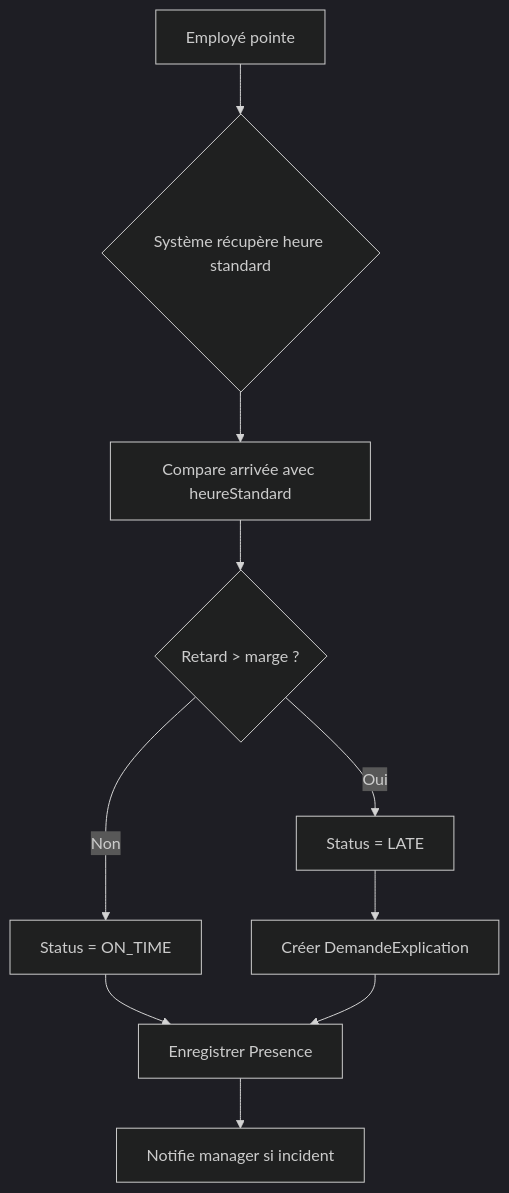
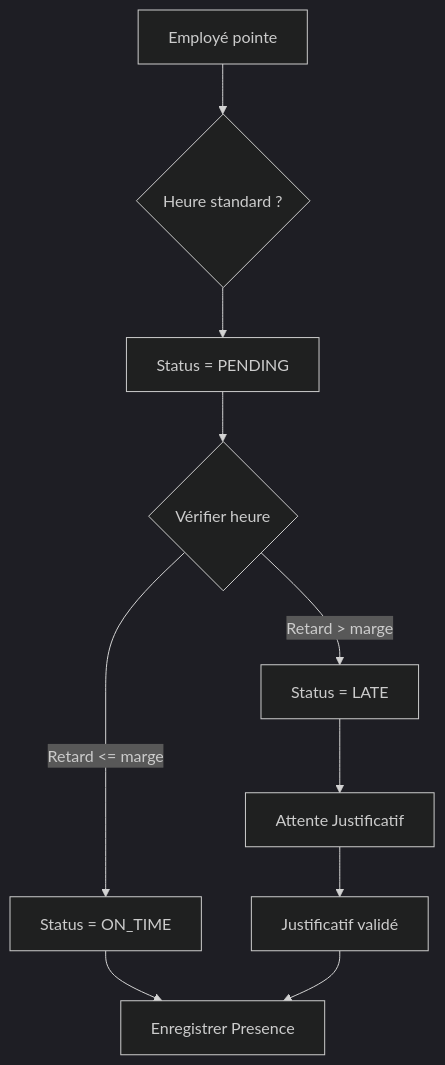
Before and after one commit to SKJUV/HRMS: the first of 3 diagrams in doc/09-workflows.md, drawn with Mermaid (dark theme). The commit also changed 4 other files, not shown here.

````diff
--- a/doc/09-workflows.md
+++ b/doc/09-workflows.md
@@ -5,12 +5,12 @@
 ```mermaid
 flowchart TD
-  A[Employé pointe] --> B{Système récupère heure standard}
-  B --> C[Compare arrivée avec heureStandard]
-  C --> D{Retard > marge ?}
-  D -- Non --> E[Status = ON_TIME]
-  D -- Oui --> F[Status = LATE]
-  F --> G[Créer DemandeExplication]
-  E --> H[Enregistrer Presence]
-  G --> H
-  H --> I[Notifie manager si incident]
+  A[Employé pointe] --> B{Heure standard ?}
+  B --> C[Status = PENDING]
+  C --> D{Vérifier heure}
+  D -->|Retard > marge| F[Status = LATE]
+  D -->|Retard <= marge| E[Status = ON_TIME]
+  F --> G[Attente Justificatif]
+  G --> H[Justificatif validé]
+  E --> I[Enregistrer Presence]
+  H --> I
 ```
````
